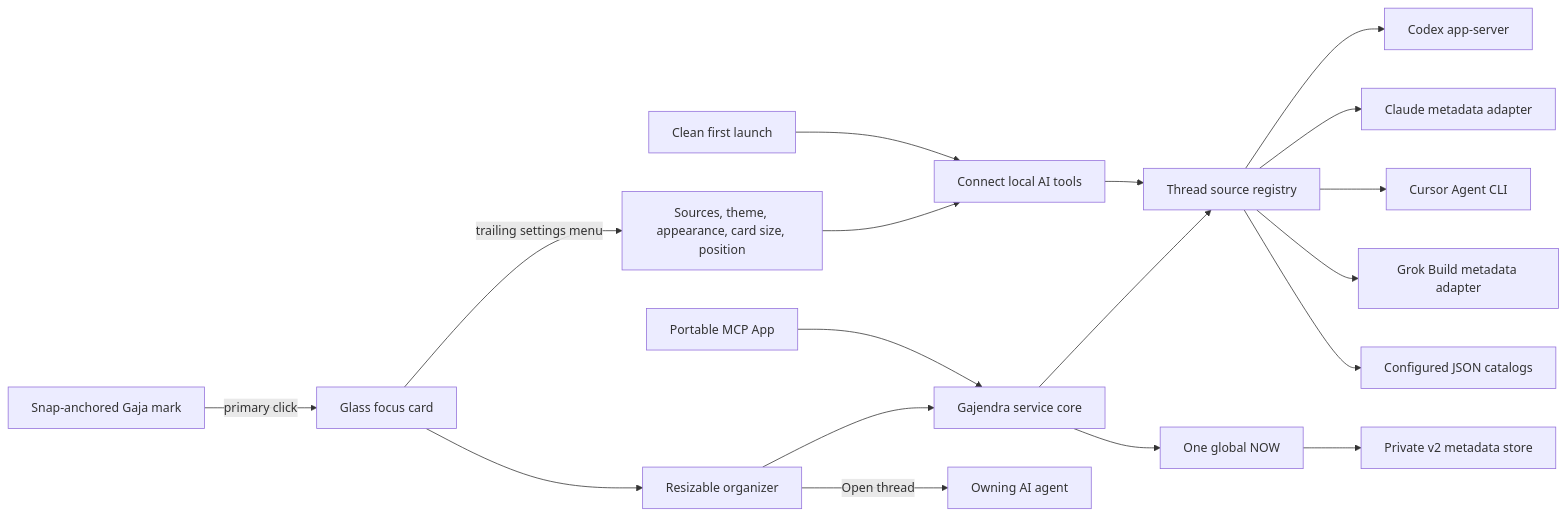
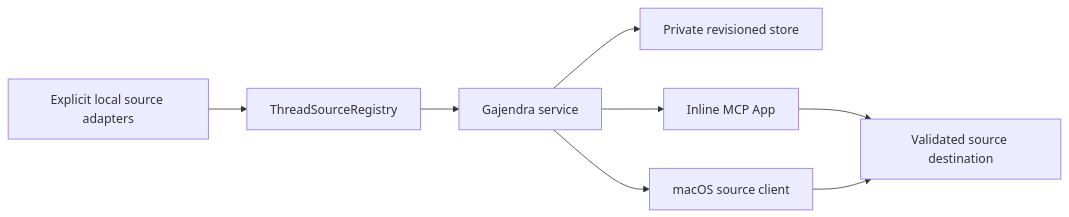
Before and after one commit to siddath/Gajendra: the diagram in docs/ARCHITECTURE.md, drawn with Mermaid. The commit also changed other lines of this file and 118 other files, not shown here.

````diff
--- a/docs/ARCHITECTURE.md
+++ b/docs/ARCHITECTURE.md
@@ -7,20 +10,10 @@
 ```mermaid
 flowchart LR
-    Pill["Snap-anchored Gaja mark"] -->|"primary click"| Card["Glass focus card"]
-    Card -->|"trailing settings menu"| Settings["Sources, theme, appearance, card size, position"]
-    Launch["Clean first launch"] --> Setup["Connect local AI tools"]
-    Settings --> Setup
-    Setup --> Registry
-    Card --> Organizer["Resizable organizer"]
-    MCP["Portable MCP App"] --> Service["Gajendra service core"]
-    Organizer --> Service
-    Service --> Policy["One global NOW"]
-    Policy --> Store["Private v2 metadata store"]
-    Service --> Registry["Thread source registry"]
-    Registry --> Codex["Codex app-server"]
-    Registry --> Claude["Claude metadata adapter"]
-    Registry --> Cursor["Cursor Agent CLI"]
-    Registry --> Grok["Grok Build metadata adapter"]
-    Registry --> Catalogs["Configured JSON catalogs"]
-    Organizer -->|"Open thread"| Owner["Owning AI agent"]
+  Sources["Explicit local source adapters"] --> Registry["ThreadSourceRegistry"]
+  Registry --> Service["Gajendra service"]
+  Service --> Store["Private revisioned store"]
+  Service --> MCP["Inline MCP App"]
+  Service --> Native["macOS source client"]
+  MCP --> Open["Validated source destination"]
+  Native --> Open
 ```
````
